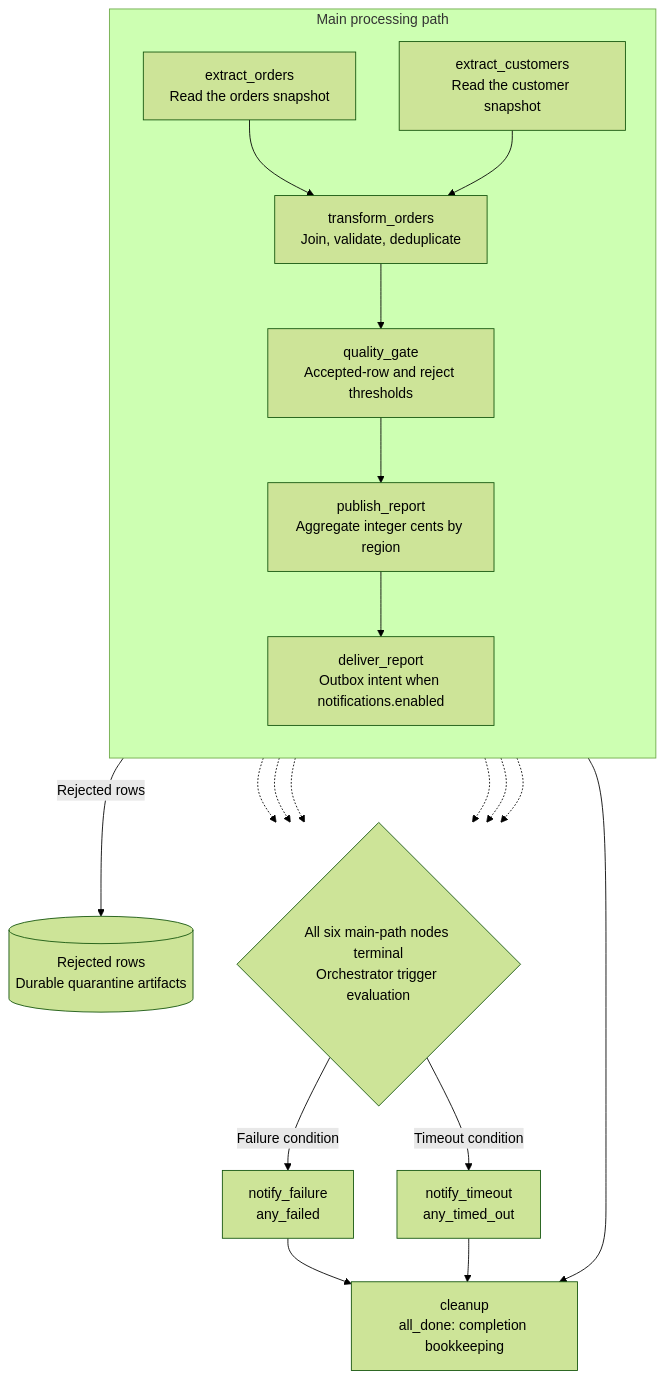
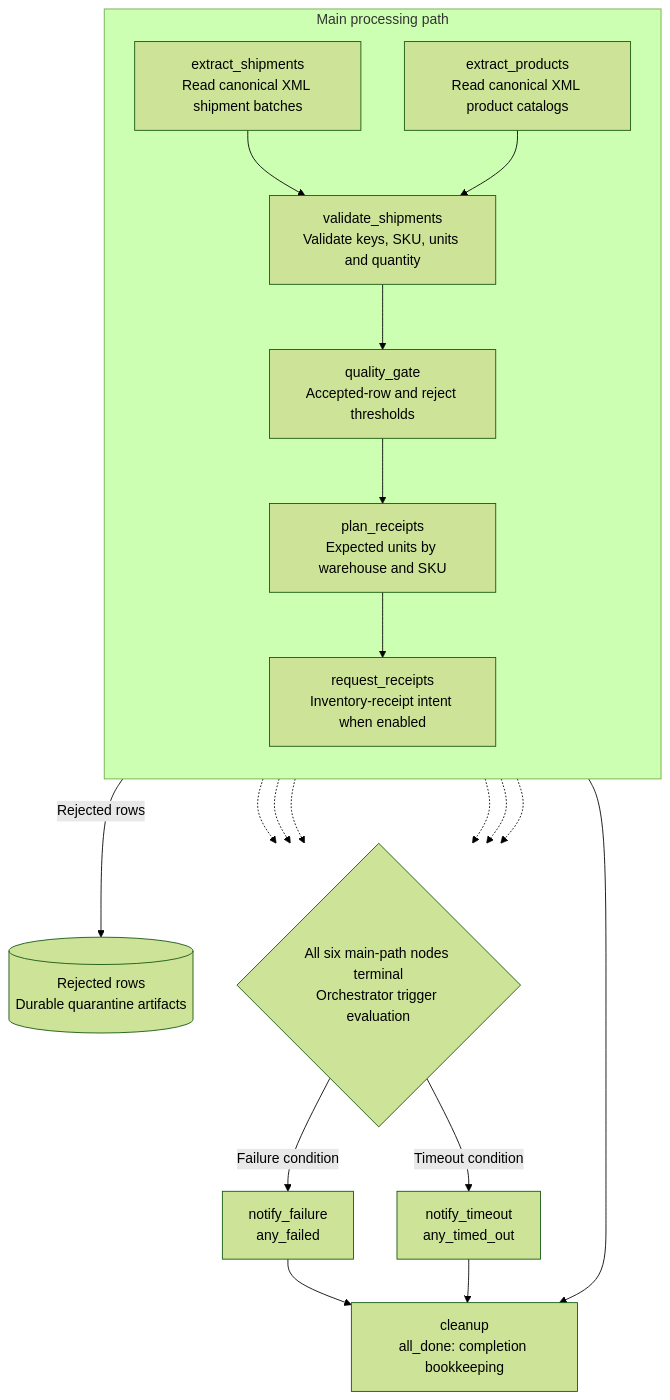
The second of 2 diagrams in README.md (avidunixuser/spark_DAG_for_complex_notebook_orchestration), drawn with Mermaid (forest theme) before and after one commit. The commit also changed other lines of this file and 53 other files, not shown here.

First line of the commit message:
Replace the sales sample with canonical XML warehouse receiving

````diff
--- a/README.md
+++ b/README.md
@@ -140,35 +155,35 @@
 ```mermaid
 flowchart TB
     subgraph main_path["Main processing path"]
         direction TB
-        extract_orders["extract_orders<br/>Read the orders snapshot"]
-        extract_customers["extract_customers<br/>Read the customer snapshot"]
-        transform_orders["transform_orders<br/>Join, validate, deduplicate"]
+        extract_shipments["extract_shipments<br/>Read canonical XML shipment batches"]
+        extract_products["extract_products<br/>Read canonical XML product catalogs"]
+        validate_shipments["validate_shipments<br/>Validate keys, SKU, units and quantity"]
         quality_gate["quality_gate<br/>Accepted-row and reject thresholds"]
-        publish_report["publish_report<br/>Aggregate integer cents by region"]
-        deliver_report["deliver_report<br/>Outbox intent when notifications.enabled"]
+        plan_receipts["plan_receipts<br/>Expected units by warehouse and SKU"]
+        request_receipts["request_receipts<br/>Inventory-receipt intent when enabled"]
 
-        extract_orders --> transform_orders
-        extract_customers --> transform_orders
-        transform_orders --> quality_gate --> publish_report --> deliver_report
+        extract_shipments --> validate_shipments
+        extract_products --> validate_shipments
+        validate_shipments --> quality_gate --> plan_receipts --> request_receipts
     end
 
     rejects[("Rejected rows<br/>Durable quarantine artifacts")]
     terminal{"All six main-path nodes terminal<br/>Orchestrator trigger evaluation"}
     notify_failure["notify_failure<br/>any_failed"]
     notify_timeout["notify_timeout<br/>any_timed_out"]
     cleanup["cleanup<br/>all_done: completion bookkeeping"]
 
-    transform_orders -->|Rejected rows| rejects
-    extract_orders -.-> terminal
-    extract_customers -.-> terminal
-    transform_orders -.-> terminal
+    validate_shipments -->|Rejected rows| rejects
+    extract_shipments -.-> terminal
+    extract_products -.-> terminal
+    validate_shipments -.-> terminal
     quality_gate -.-> terminal
-    publish_report -.-> terminal
-    deliver_report -.-> terminal
+    plan_receipts -.-> terminal
+    request_receipts -.-> terminal
     terminal -->|Failure condition| notify_failure
     terminal -->|Timeout condition| notify_timeout
-    deliver_report --> cleanup
+    request_receipts --> cleanup
     notify_failure --> cleanup
     notify_timeout --> cleanup
 ```
````
